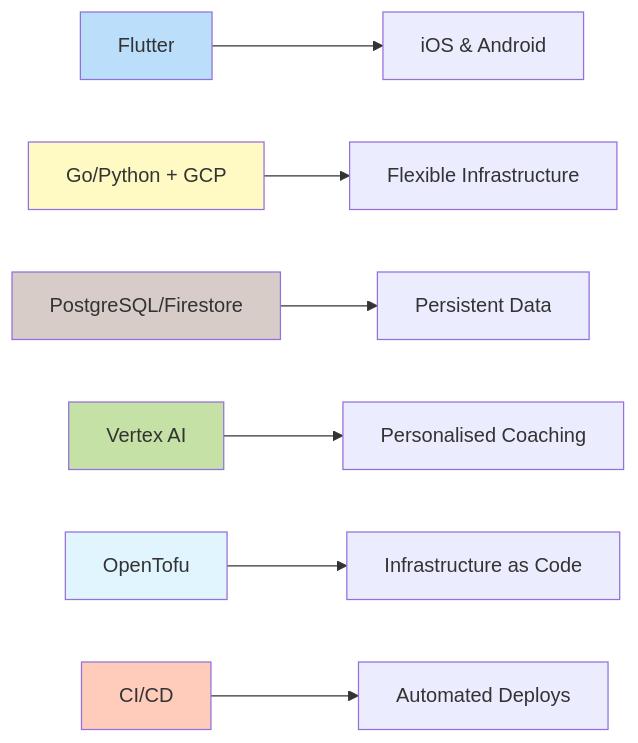
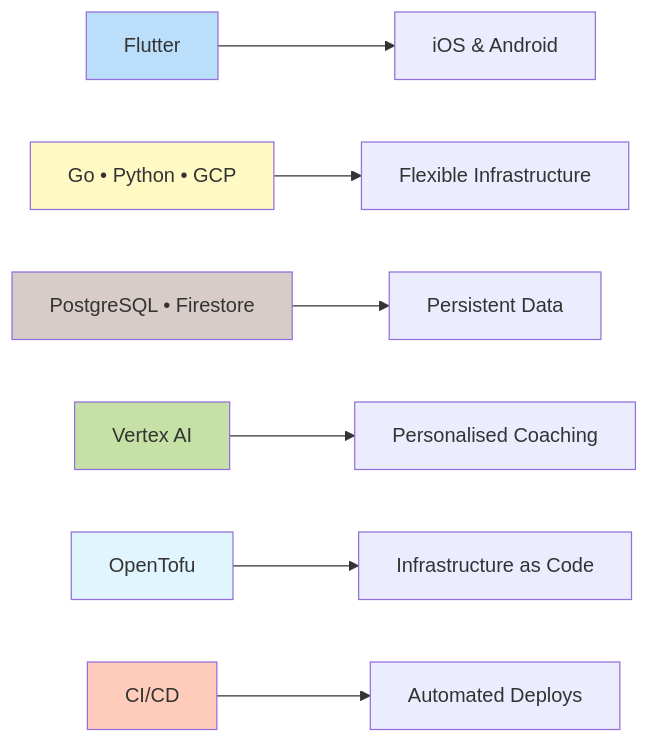
One commit to keolo/keolo-com changed the third of 3 diagrams in content/projects/joyo.md. Above: the diagram before and after it, drawn with Mermaid. The commit also changed other lines of this file, not shown here.

Commit message:
docs(projects): refine joyo project diagram and description
Update the technology stack representation in the diagram to use bullets for better readability. Clarify the value proposition of a Fractional CTO to emphasize strategy alongside execution.

````diff
--- a/content/projects/joyo.md
+++ b/content/projects/joyo.md
@@ -183,16 +183,16 @@
 ```mermaid
 graph LR
   A[Flutter] --> B[iOS & Android]
-  C[Go/Python + GCP] --> D[Flexible Infrastructure]
-  E[PostgreSQL/Firestore] --> F[Persistent Data]
+  C[Go • Python • GCP] --> D[Flexible Infrastructure]
+  E[PostgreSQL • Firestore] --> F[Persistent Data]
   G[Vertex AI] --> H[Personalised Coaching]
   I[OpenTofu] --> J[Infrastructure as Code]
   K[CI/CD] --> L[Automated Deploys]
 
     style A fill:#bbdefb
     style C fill:#fff9c4
     style E fill:#d7ccc8
     style G fill:#c5e1a5
     style I fill:#e1f5fe
     style K fill:#ffccbc
 ```
````
